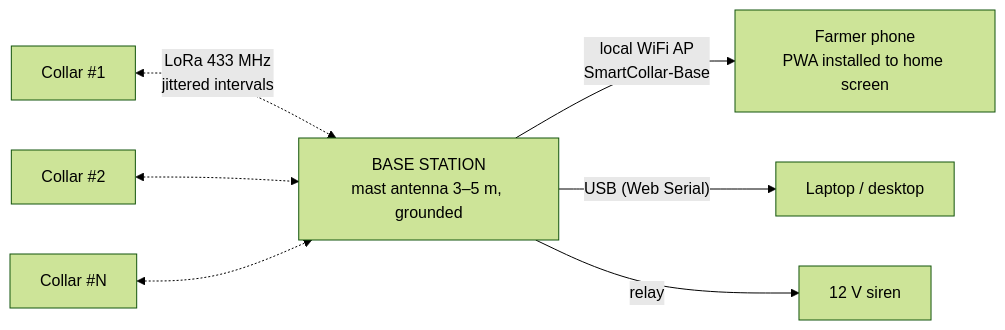
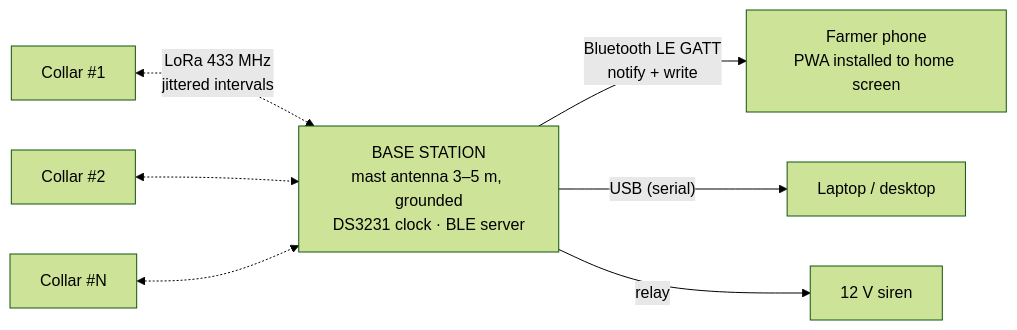
The second of 3 diagrams in docs/SYSTEM-ARCHITECTURE.md (qppd/smart-collar), drawn with Mermaid (forest theme) before and after one commit. The commit also changed other lines of this file and 17 other files, not shown here.

First line of the commit message:
Docs: complete offline-first build guide with wiring diagram and Map Pack

````diff
--- a/docs/SYSTEM-ARCHITECTURE.md
+++ b/docs/SYSTEM-ARCHITECTURE.md
@@ -58,9 +61,9 @@
 ```mermaid
 flowchart LR
-    C1["Collar #1"] <-. "LoRa 433 MHz<br/>jittered intervals" .-> BASE["BASE STATION<br/>mast antenna 3–5 m, grounded"]
+    C1["Collar #1"] <-. "LoRa 433 MHz<br/>jittered intervals" .-> BASE["BASE STATION<br/>mast antenna 3–5 m, grounded<br/>DS3231 clock · BLE server"]
     C2["Collar #2"] <-.-> BASE
     CN["Collar #N"] <-.-> BASE
-    BASE -- "local WiFi AP<br/>SmartCollar-Base" --> PHONE["Farmer phone<br/>PWA installed to home screen"]
-    BASE -- "USB (Web Serial)" --> LAPTOP["Laptop / desktop"]
+    BASE -- "Bluetooth LE GATT<br/>notify + write" --> PHONE["Farmer phone<br/>PWA installed to home screen"]
+    BASE -- "USB (serial)" --> LAPTOP["Laptop / desktop"]
     BASE -- "relay" --> SIREN["12 V siren"]
 ```
````
